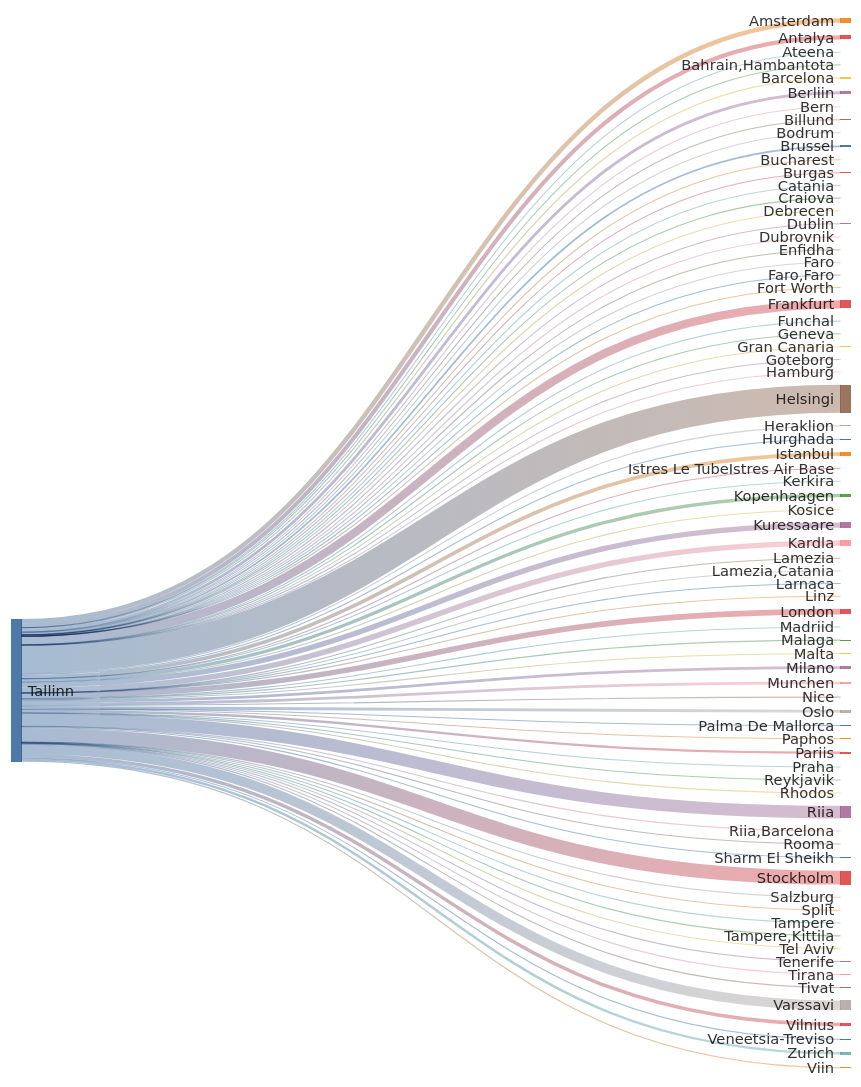
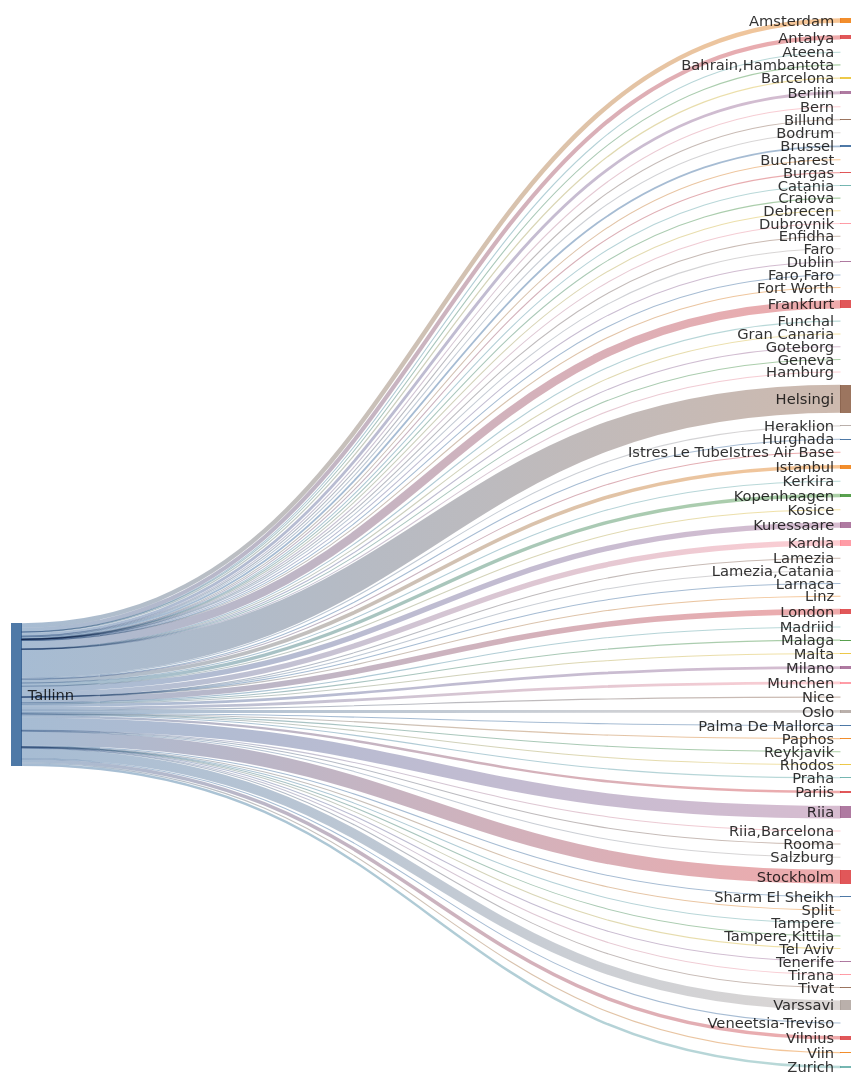
The second of 2 diagrams in README.md (rainermesi/tll-airport-departures), drawn with Mermaid before and after one commit. The commit also changed other lines of this file and 1 other file, not shown here.

````diff
--- a/README.md
+++ b/README.md
@@ -41,8 +41,8 @@
 ---
 sankey-beta
 %% source,target,value
-Tallinn,Amsterdam,433
-Tallinn,Antalya,401
+Tallinn,Amsterdam,435
+Tallinn,Antalya,403
 Tallinn,Ateena,16
 Tallinn,"Bahrain,Hambantota",1
 Tallinn,Barcelona,121
@@ -56,64 +56,64 @@
 Tallinn,Catania,2
 Tallinn,Craiova,1
 Tallinn,Debrecen,1
-Tallinn,Dublin,87
+Tallinn,Dublin,88
 Tallinn,Dubrovnik,21
 Tallinn,Enfidha,7
 Tallinn,Faro,4
 Tallinn,"Faro,Faro",1
 Tallinn,Fort Worth,1
-Tallinn,Frankfurt,804
+Tallinn,Frankfurt,807
 Tallinn,Funchal,5
 Tallinn,Geneva,13
 Tallinn,Gran Canaria,38
 Tallinn,Goteborg,2
 Tallinn,Hamburg,2
-Tallinn,Helsingi,2728
+Tallinn,Helsingi,2737
 Tallinn,Heraklion,86
 Tallinn,Hurghada,75
-Tallinn,Istanbul,357
+Tallinn,Istanbul,358
 Tallinn,Istres Le TubeIstres Air Base,2
 Tallinn,Kerkira,4
-Tallinn,Kopenhaagen,326
+Tallinn,Kopenhaagen,328
 Tallinn,Kosice,1
-Tallinn,Kuressaare,519
-Tallinn,Kardla,519
+Tallinn,Kuressaare,521
+Tallinn,Kardla,522
 Tallinn,Lamezia,1
 Tallinn,"Lamezia,Catania",3
 Tallinn,Larnaca,4
 Tallinn,Linz,2
-Tallinn,London,538
+Tallinn,London,540
 Tallinn,Madriid,2
-Tallinn,Malaga,108
+Tallinn,Malaga,109
 Tallinn,Malta,25
 Tallinn,Milano,265
-Tallinn,Munchen,269
+Tallinn,Munchen,270
 Tallinn,Nice,45
-Tallinn,Oslo,278
+Tallinn,Oslo,279
 Tallinn,Palma De Mallorca,29
 Tallinn,Paphos,66
-Tallinn,Pariis,232
+Tallinn,Pariis,233
 Tallinn,Praha,75
 Tallinn,Reykjavik,13
 Tallinn,Rhodos,52
-Tallinn,Riia,1223
+Tallinn,Riia,1228
 Tallinn,"Riia,Barcelona",1
 Tallinn,Rooma,80
 Tallinn,Salzburg,14
-Tallinn,Sharm El Sheikh,99
+Tallinn,Sharm El Sheikh,100
 Tallinn,Split,45
-Tallinn,Stockholm,1346
+Tallinn,Stockholm,1350
 Tallinn,Tampere,17
 Tallinn,"Tampere,Kittila",21
 Tallinn,Tel Aviv,2
 Tallinn,Tenerife,58
 Tallinn,Tirana,26
-Tallinn,Tivat,55
-Tallinn,Varssavi,939
+Tallinn,Tivat,56
+Tallinn,Varssavi,942
 Tallinn,Veneetsia-Treviso,67
 Tallinn,Viin,106
-Tallinn,Vilnius,338
-Tallinn,Zurich,238
+Tallinn,Vilnius,340
+Tallinn,Zurich,239
 
 
 ```
````
